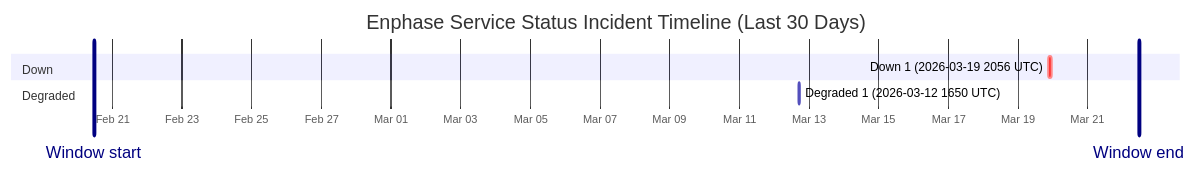
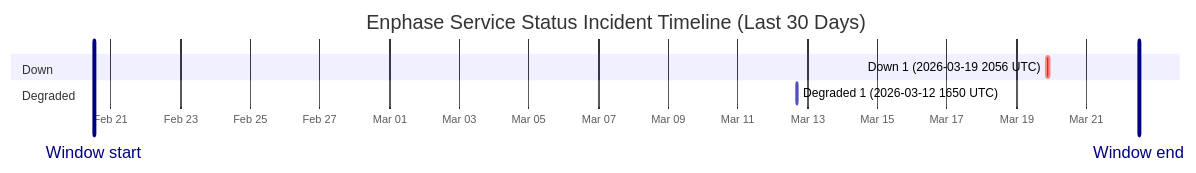
One commit to barneyonline/ha-enphase-ev-charger changed the diagram in wiki/Service-Status-History.md. Above: the diagram before and after it, drawn with Mermaid. The commit also changed other lines of this file and 3 other files, not shown here.

````diff
--- a/wiki/Service-Status-History.md
+++ b/wiki/Service-Status-History.md
@@ -14,12 +14,12 @@
 ```mermaid
 gantt
     title Enphase Service Status Incident Timeline (Last 30 Days)
     dateFormat  YYYY-MM-DDTHH:mm:ss
     axisFormat  %b %d
-    Window start :vert, window-start, 2026-02-20T11:16:28, 0ms
-    Window end :vert, window-end, 2026-03-22T11:16:28, 0ms
+    Window start :vert, window-start, 2026-02-20T12:30:12, 0ms
+    Window end :vert, window-end, 2026-03-22T12:30:12, 0ms
     section Down
     Down 1 (2026-03-19 2056 UTC) :crit, down-1, 2026-03-19T20:56:20, 145m
     section Degraded
     Degraded 1 (2026-03-12 1650 UTC) :active, degraded-1, 2026-03-12T16:50:43, 60m
 ```
````
